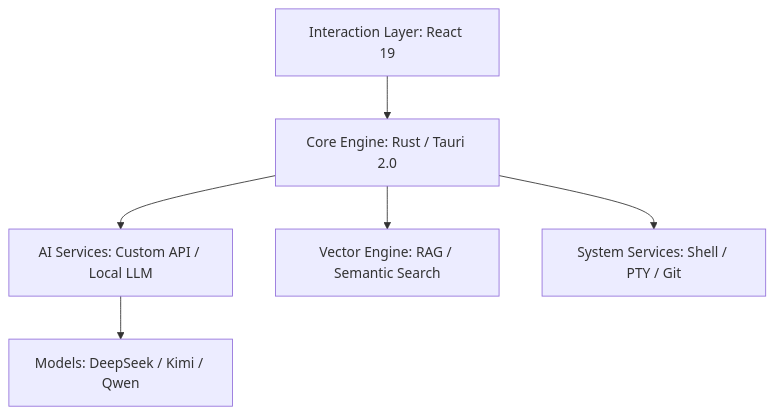
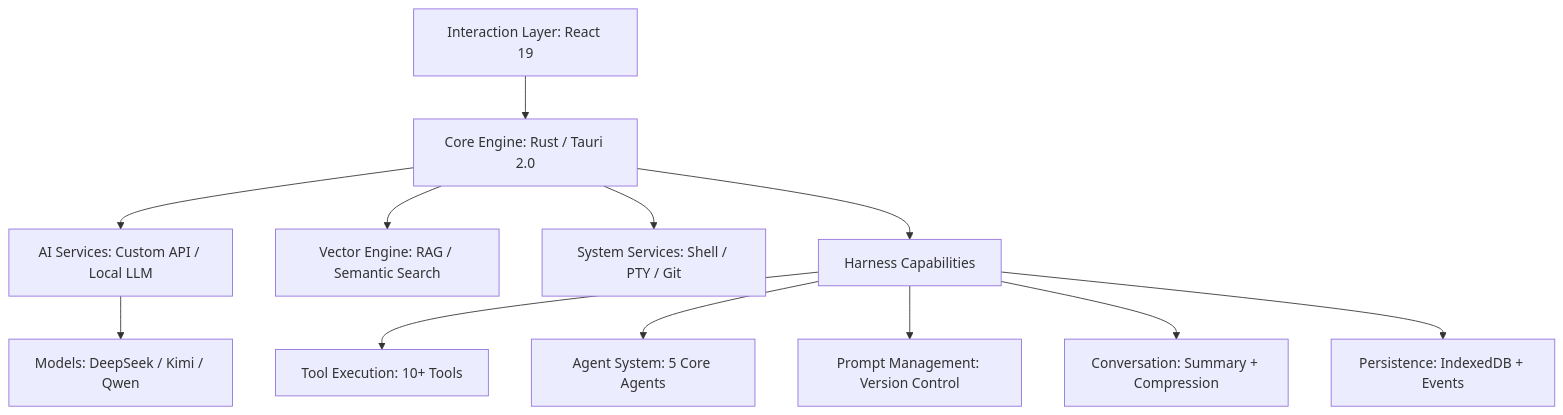
Before and after one commit to peterfei/ifai: the diagram in README.md, drawn with Mermaid. The commit also changed other lines of this file and 6 other files, not shown here.

````diff
--- a/README.md
+++ b/README.md
@@ -121,8 +166,14 @@
 ```mermaid
 graph TD
     A[Interaction Layer: React 19] --> B[Core Engine: Rust / Tauri 2.0]
     B --> C[AI Services: Custom API / Local LLM]
     B --> D[Vector Engine: RAG / Semantic Search]
     B --> E[System Services: Shell / PTY / Git]
     C --> F[Models: DeepSeek / Kimi / Qwen]
+    B --> G[Harness Capabilities]
+    G --> H[Tool Execution: 10+ Tools]
+    G --> I[Agent System: 5 Core Agents]
+    G --> J[Prompt Management: Version Control]
+    G --> K[Conversation: Summary + Compression]
+    G --> L[Persistence: IndexedDB + Events]
 ```
````
